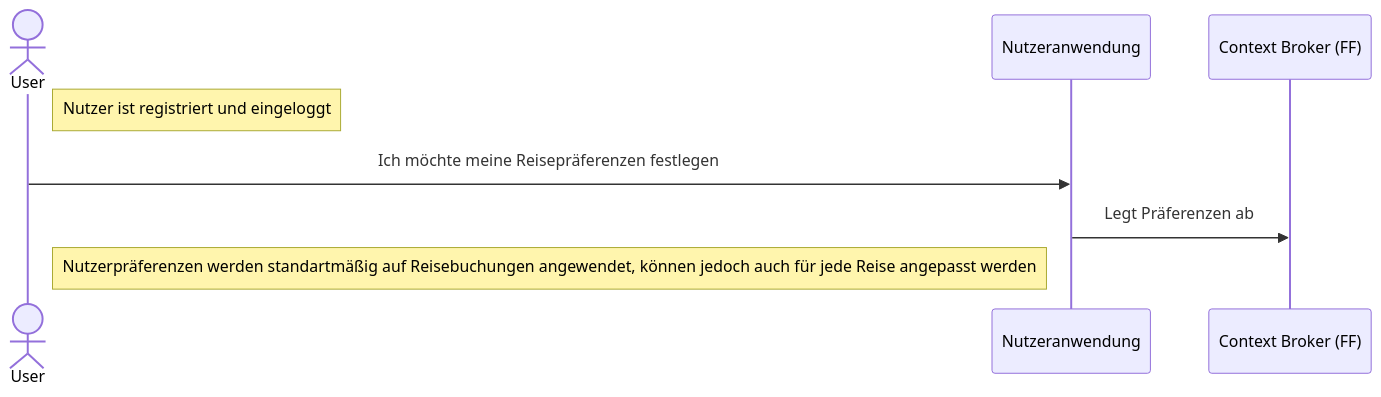
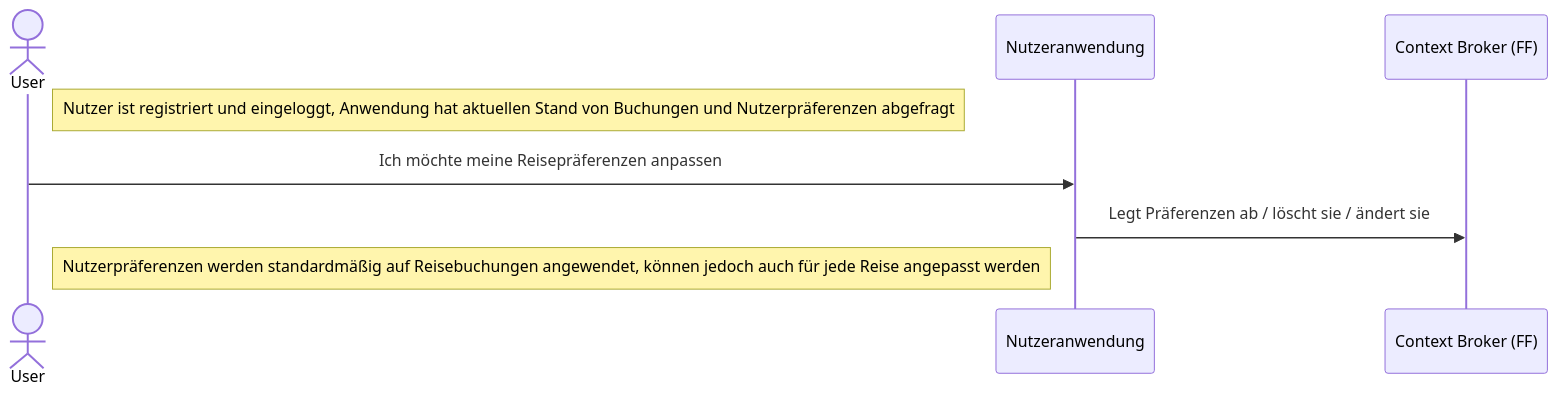
One commit to NeMo-bil/documentation changed the third of 3 diagrams in README.md. Above: the diagram before and after it, drawn with Mermaid.

Commit message:
Pr remarks

````diff
--- a/README.md
+++ b/README.md
@@ -137,16 +137,16 @@
 ```mermaid
 sequenceDiagram
 %% auskommentieren wenn wir Details zur Kommunikation aufschreiben
 %% autonumber
 %% Benutzer definieren
     actor User
 %% technische Teilnehmer/Componenten definieren
     participant App as Nutzeranwendung
     participant CB as Context Broker (FF)
     
-    Note right of User: Nutzer ist registriert und eingeloggt
-    User->>App: Ich möchte meine Reisepräferenzen festlegen
-    App->>CB: Legt Präferenzen ab
+    Note right of User: Nutzer ist registriert und eingeloggt, Anwendung hat aktuellen Stand von Buchungen und Nutzerpräferenzen abgefragt
+    User->>App: Ich möchte meine Reisepräferenzen anpassen
+    App->>CB: Legt Präferenzen ab / löscht sie / ändert sie
 
-    Note right of User: Nutzerpräferenzen werden standartmäßig auf Reisebuchungen angewendet, können jedoch auch für jede Reise angepasst werden
+    Note right of User: Nutzerpräferenzen werden standardmäßig auf Reisebuchungen angewendet, können jedoch auch für jede Reise angepasst werden
 ```
````
